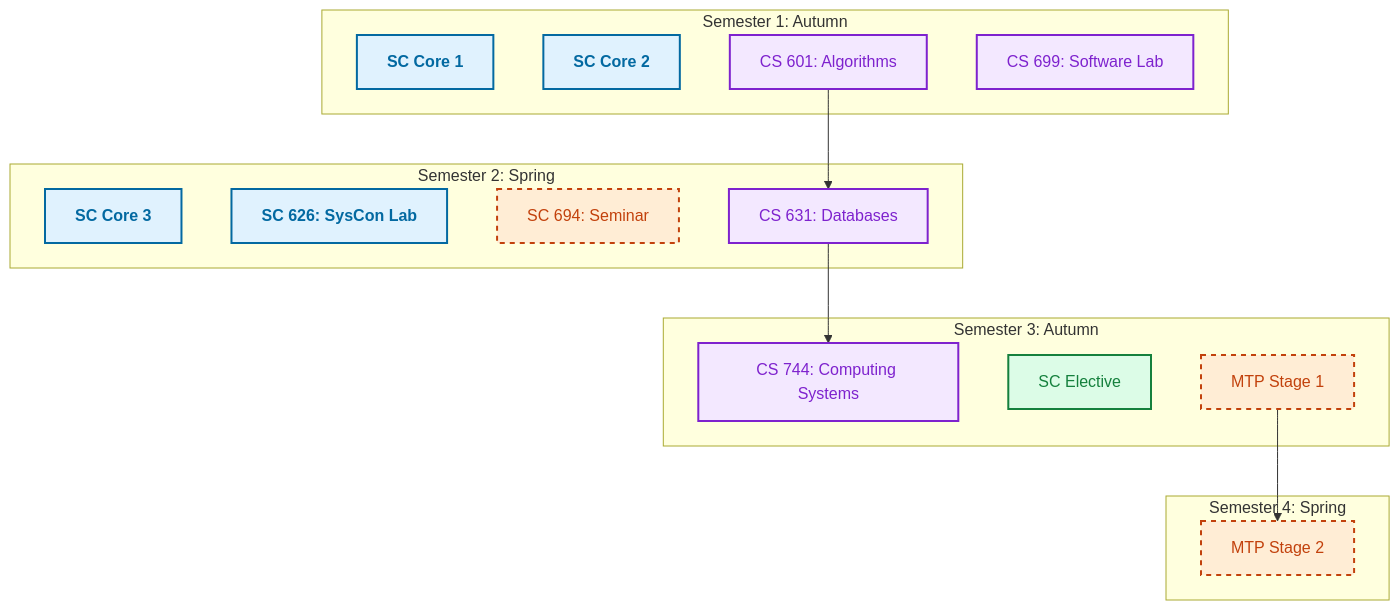
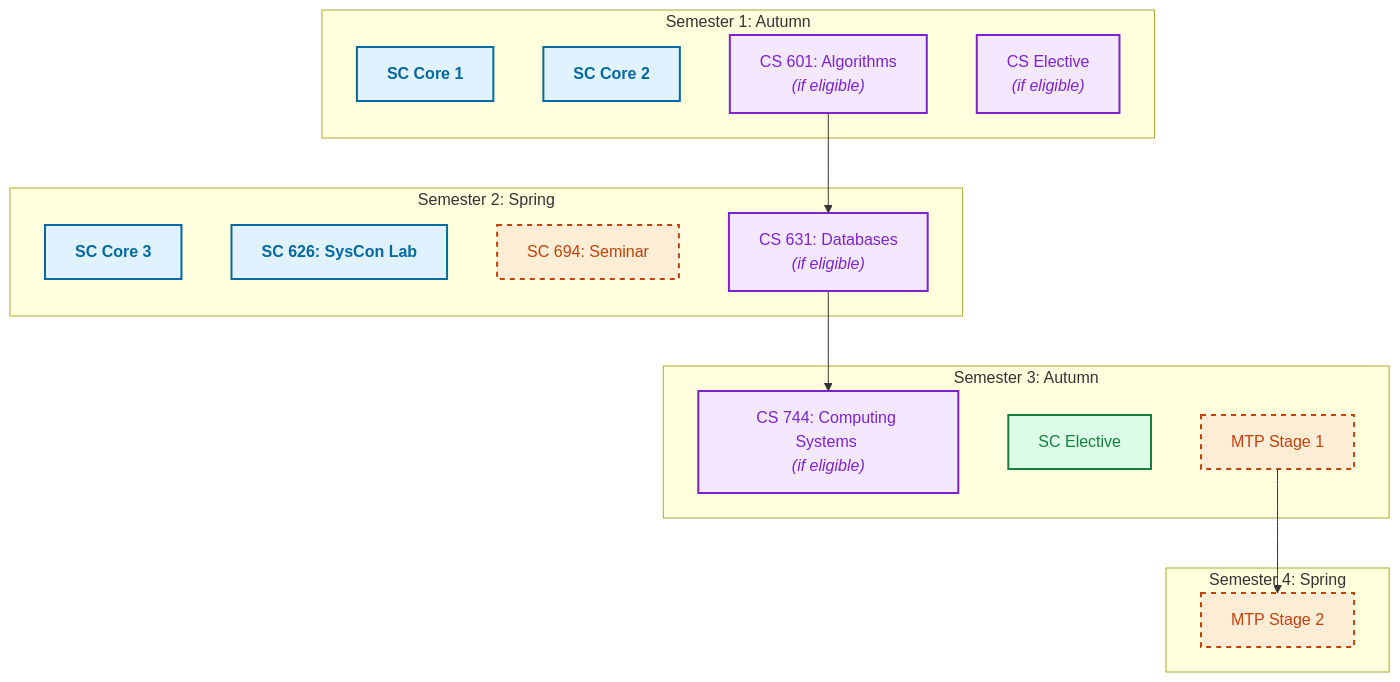
One commit to StateSpace1977/statespace1977 changed the fourth of 5 diagrams in _tabs/roadmaps.md. Above: the diagram before and after it, drawn with Mermaid. The commit also changed other lines of this file, not shown here.

Commit message:
Update Roadmaps: Add animated accordion UI, remove CS 699, and add eligibility labels

````diff
--- a/_tabs/roadmaps.md
+++ b/_tabs/roadmaps.md
@@ -153,36 +189,36 @@
 ```mermaid
 flowchart TD
     classDef core fill:#e0f2fe,stroke:#0369a1,color:#0369a1,stroke-width:2px,font-weight:bold;
     classDef elective fill:#dcfce7,stroke:#15803d,color:#15803d,stroke-width:2px;
     classDef milestone fill:#ffedd5,stroke:#c2410c,color:#c2410c,stroke-width:2px,stroke-dasharray: 5 5;
     classDef cross fill:#f3e8ff,stroke:#7e22ce,color:#7e22ce,stroke-width:2px;
 
     subgraph Sem1 [Semester 1: Autumn]
         C1[SC Core 1]:::core
         C2[SC Core 2]:::core
-        E1[CS 601: Algorithms]:::cross
-        E2[CS 699: Software Lab]:::cross
+        E1["CS 601: Algorithms <br><i>(if eligible)</i>"]:::cross
+        E2["CS Elective <br><i>(if eligible)</i>"]:::cross
     end
 
     subgraph Sem2 [Semester 2: Spring]
         C3[SC Core 3]:::core
         C4[SC 626: SysCon Lab]:::core
         S[SC 694: Seminar]:::milestone
-        E3[CS 631: Databases]:::cross
+        E3["CS 631: Databases <br><i>(if eligible)</i>"]:::cross
         
         E1 --> E3
     end
 
     subgraph Sem3 [Semester 3: Autumn]
-        E4[CS 744: Computing Systems]:::cross
+        E4["CS 744: Computing Systems <br><i>(if eligible)</i>"]:::cross
         E5[SC Elective]:::elective
         M1[MTP Stage 1]:::milestone
         
         E3 --> E4
     end
 
     subgraph Sem4 [Semester 4: Spring]
         M2[MTP Stage 2]:::milestone
         M1 --> M2
     end
 ```
````
